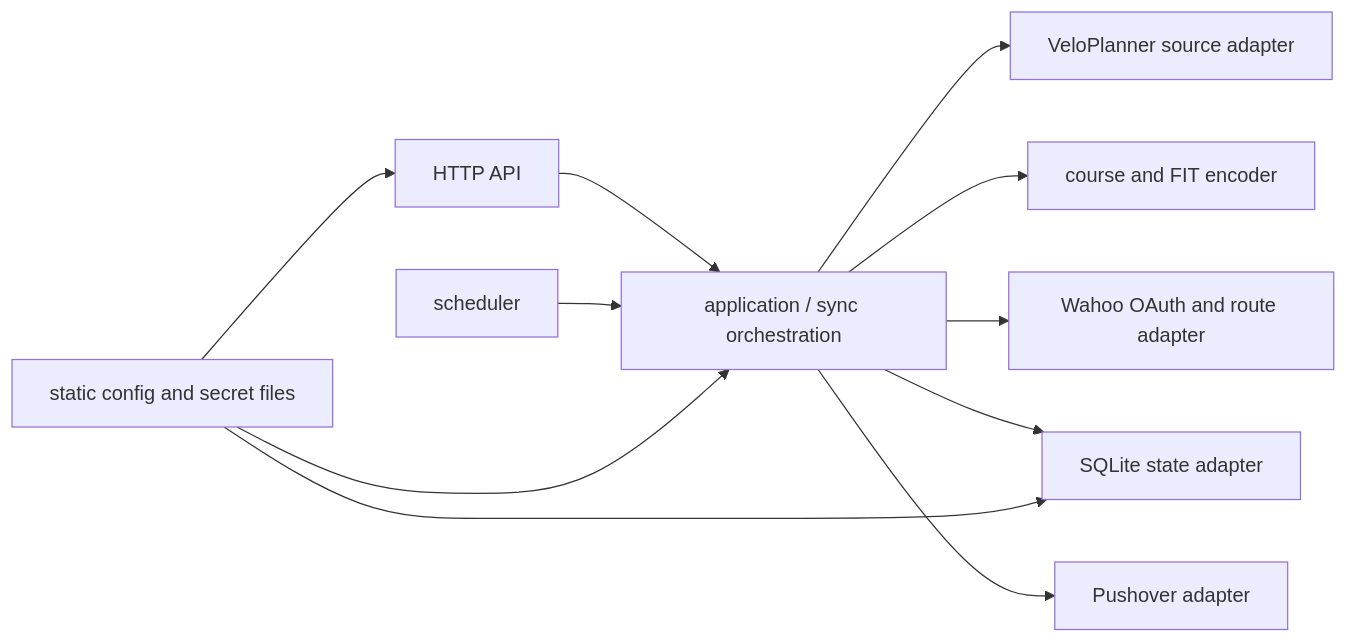
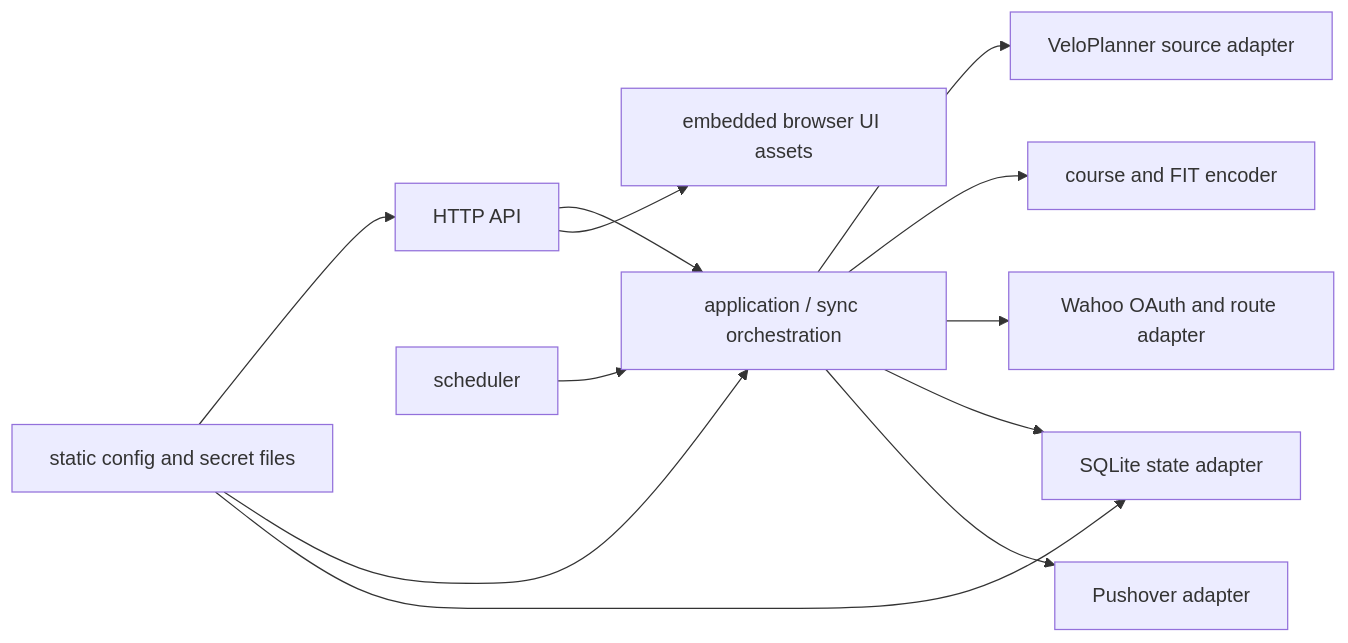
One commit to nobbs/domestique changed the diagram in docs/specs/service.md. Above: the diagram before and after it, drawn with Mermaid. The commit also changed other lines of this file and 58 other files, not shown here.

````diff
--- a/docs/specs/service.md
+++ b/docs/specs/service.md
@@ -233,13 +276,14 @@
 ```mermaid
 flowchart LR
     HTTP["HTTP API"] --> App["application / sync orchestration"]
+    HTTP --> WebUI["embedded browser UI assets"]
     Scheduler["scheduler"] --> App
     App --> Source["VeloPlanner source adapter"]
     App --> Course["course and FIT encoder"]
     App --> Wahoo["Wahoo OAuth and route adapter"]
     App --> State["SQLite state adapter"]
     App --> Notify["Pushover adapter"]
     Config["static config and secret files"] --> HTTP
     Config --> App
     Config --> State
 ```
````
